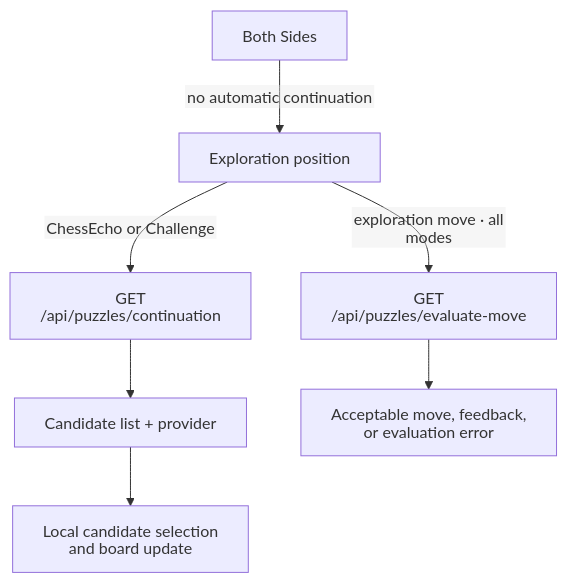
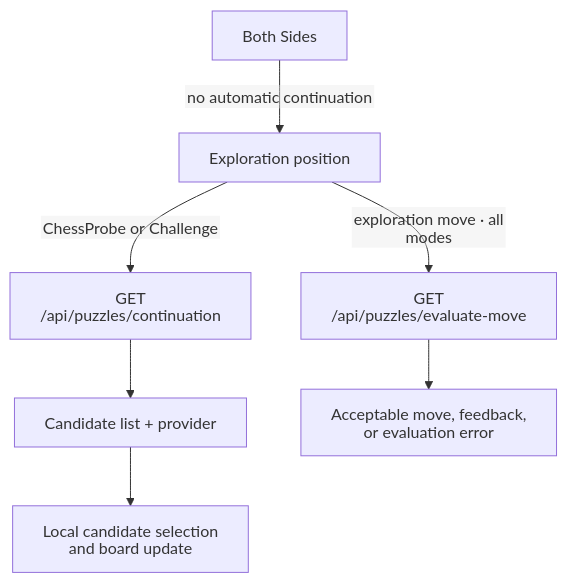
One commit to NathanZK/ChessEcho changed the fifth of 5 diagrams in docs/architecture/frontend.md. Above: the diagram before and after it, drawn with Mermaid. The commit also changed other lines of this file and 878 other files, not shown here.

````diff
--- a/docs/architecture/frontend.md
+++ b/docs/architecture/frontend.md
@@ -366,10 +366,10 @@
 ```mermaid
 %%{init: {"htmlLabels": false, "flowchart": {"htmlLabels": false}}}%%
 flowchart TB
-  explore["Exploration position"] -->|"ChessEcho or Challenge"| continuation["GET /api/puzzles/continuation"]
+  explore["Exploration position"] -->|"ChessProbe or Challenge"| continuation["GET /api/puzzles/continuation"]
   continuation --> candidates["Candidate list + provider"]
   candidates --> board["Local candidate selection and board update"]
   explore -->|"exploration move · all modes"| evaluate["GET /api/puzzles/evaluate-move"]
   evaluate --> outcome["Acceptable move, feedback, or evaluation error"]
   bothSides["Both Sides"] -->|"no automatic continuation"| explore
 ```
````
